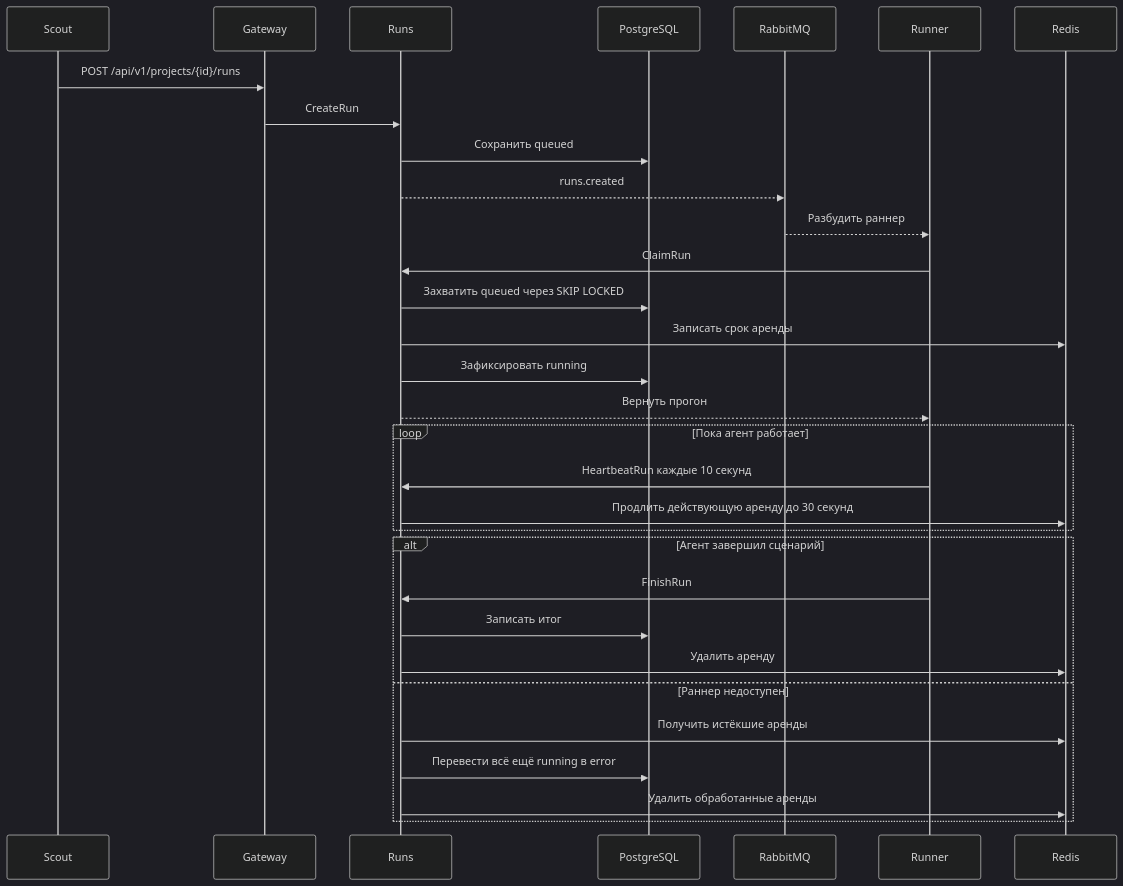
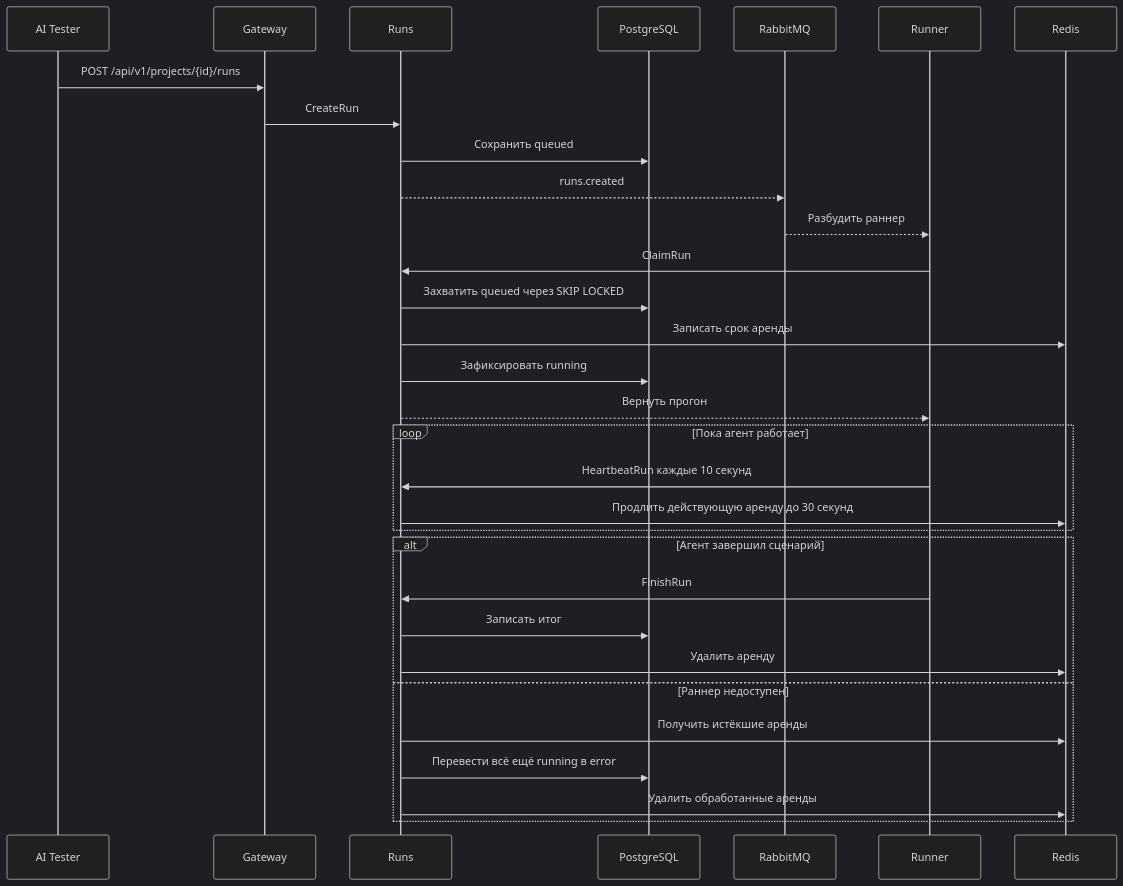
Before and after one commit to Frozaxxx/AI-tester-site: the diagram in docs/architecture.md, drawn with Mermaid (dark theme). The commit also changed other lines of this file and 10 other files, not shown here.

````diff
--- a/docs/architecture.md
+++ b/docs/architecture.md
@@ -14,33 +14,33 @@
 ```mermaid
 sequenceDiagram
-    participant UI as Scout
+    participant UI as AI Tester
     participant GW as Gateway
     participant Runs as Runs
     participant PG as PostgreSQL
     participant MQ as RabbitMQ
     participant W as Runner
     participant R as Redis
     UI->>GW: POST /api/v1/projects/{id}/runs
     GW->>Runs: CreateRun
     Runs->>PG: Сохранить queued
     Runs-->>MQ: runs.created
     MQ-->>W: Разбудить раннер
     W->>Runs: ClaimRun
     Runs->>PG: Захватить queued через SKIP LOCKED
     Runs->>R: Записать срок аренды
     Runs->>PG: Зафиксировать running
     Runs-->>W: Вернуть прогон
     loop Пока агент работает
         W->>Runs: HeartbeatRun каждые 10 секунд
         Runs->>R: Продлить действующую аренду до 30 секунд
     end
     alt Агент завершил сценарий
         W->>Runs: FinishRun
         Runs->>PG: Записать итог
         Runs->>R: Удалить аренду
     else Раннер недоступен
         Runs->>R: Получить истёкшие аренды
         Runs->>PG: Перевести всё ещё running в error
         Runs->>R: Удалить обработанные аренды
     end
 ```
````
